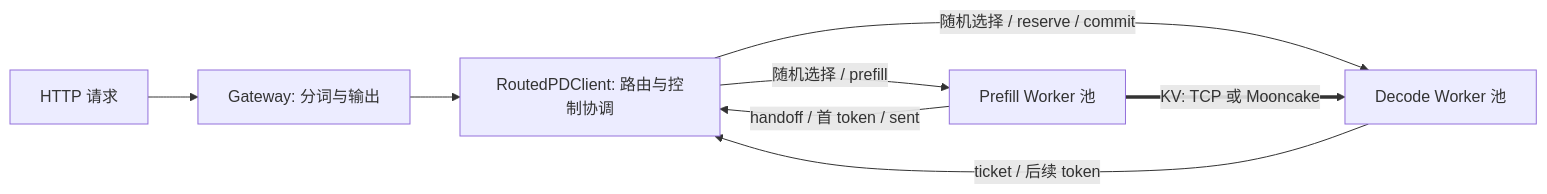
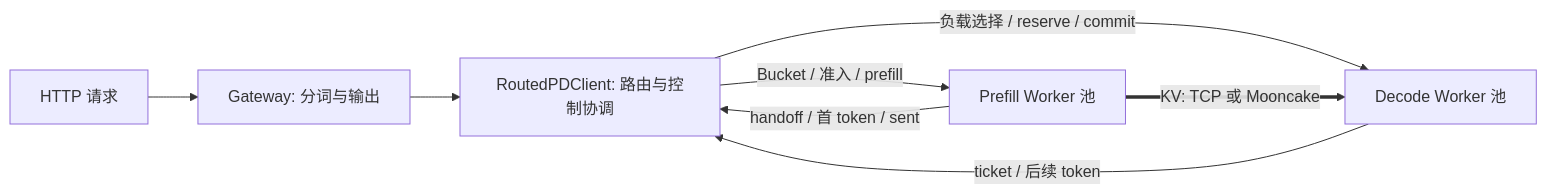
One commit to luckywty/MoonCake_SGlang changed the diagram in README.md. Above: the diagram before and after it, drawn with Mermaid. The commit also changed other lines of this file and 19 other files, not shown here.

````diff
--- a/README.md
+++ b/README.md
@@ -35,10 +49,10 @@
 ```mermaid
 flowchart LR
     U[HTTP 请求] --> G[Gateway: 分词与输出]
     G --> C[RoutedPDClient: 路由与控制协调]
-    C -->|随机选择 / prefill| P[Prefill Worker 池]
+    C -->|Bucket / 准入 / prefill| P[Prefill Worker 池]
     P -->|handoff / 首 token / sent| C
-    C -->|随机选择 / reserve / commit| D[Decode Worker 池]
+    C -->|负载选择 / reserve / commit| D[Decode Worker 池]
     D -->|ticket / 后续 token| C
     P ==>|KV: TCP 或 Mooncake| D
 ```
````
